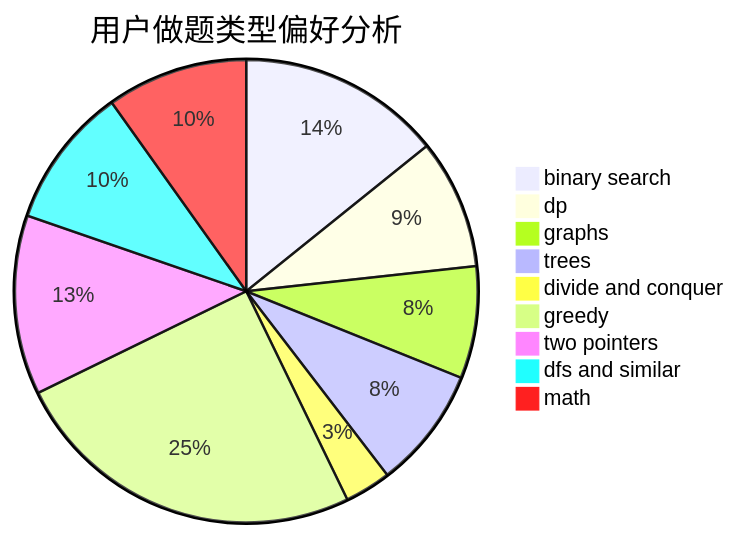
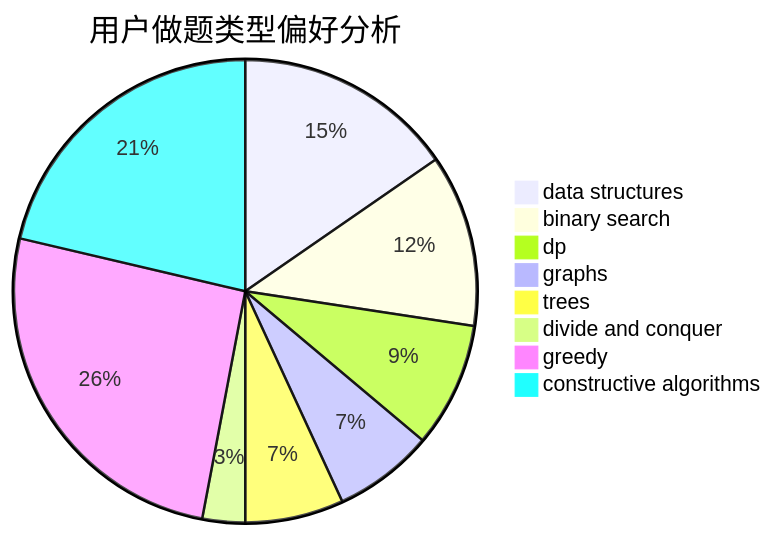
Before and after one commit to sherpahu/cfrs.github.io: the second of 3 diagrams in docs/user/u1538.md, drawn with Mermaid. The commit also changed other lines of this file and 2775 other files, not shown here.

````diff
--- a/docs/user/u1538.md
+++ b/docs/user/u1538.md
@@ -23,12 +23,11 @@
 ```mermaid
 pie title 用户做题类型偏好分析
-    "binary search" :  176
-    "dp" :  112
-    "graphs" :  97
-    "trees" :  105
-    "divide and conquer" :  40
-    "greedy" :  309
-    "two pointers" :  155
-    "dfs and similar" :  122
-    "math" :  122
+    "data structures" :  134
+    "binary search" :  105
+    "dp" :  76
+    "graphs" :  61
+    "trees" :  60
+    "divide and conquer" :  26
+    "greedy" :  224
+    "constructive algorithms" :  186
 ```
````
